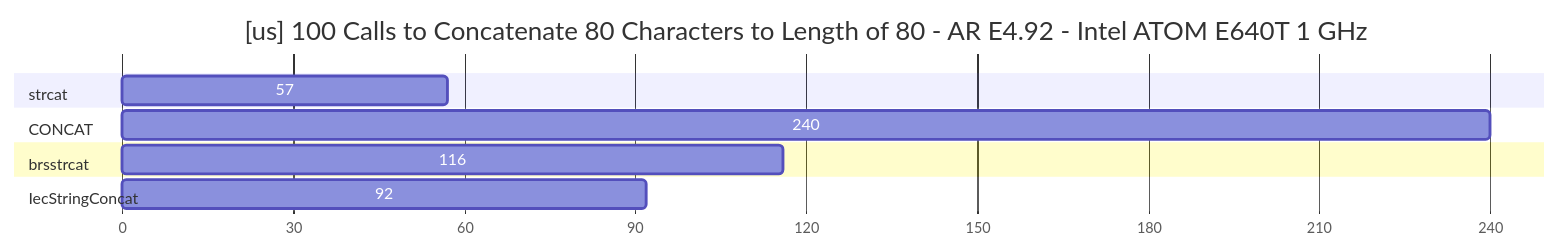
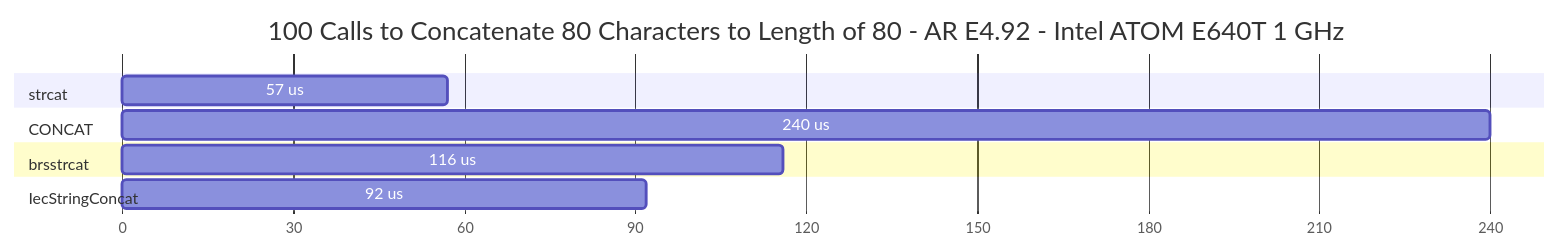
One commit to tmatijevich/IecStringProject changed the second of 4 diagrams in README.md. Above: the diagram before and after it, drawn with Mermaid. The commit also changed other lines of this file and 8 other files, not shown here.

````diff
--- a/README.md
+++ b/README.md
@@ -22,14 +22,14 @@
 ```mermaid
 gantt
-    title [us] 100 Calls to Concatenate 80 Characters to Length of 80 - AR E4.92 - Intel ATOM E640T 1 GHz
+    title 100 Calls to Concatenate 80 Characters to Length of 80 - AR E4.92 - Intel ATOM E640T 1 GHz
     dateFormat X
     axisFormat %s
     section strcat
-    57 : 0, 57
+    57 us : 0, 57
     section CONCAT
-    240 : 0, 240
+    240 us : 0, 240
     section brsstrcat
-    116 : 0, 116
+    116 us : 0, 116
     section IecStringConcat
-    92 : 0, 92
+    92 us : 0, 92
 ```
````
